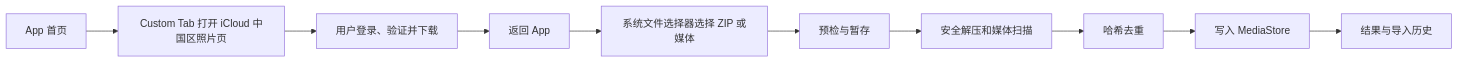
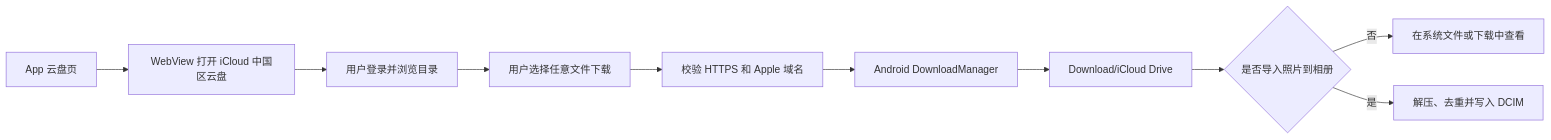
One commit to Faker1024/icloud-sync changed the first of 2 diagrams in docs/DEVELOPMENT.md. Above: the diagram before and after it, drawn with Mermaid. The commit also changed other lines of this file and 10 other files, not shown here.

Commit message:
feat: add in-app iCloud Drive downloads

````diff
--- a/docs/DEVELOPMENT.md
+++ b/docs/DEVELOPMENT.md
@@ -43,12 +43,12 @@
 ```mermaid
 flowchart LR
-    A[App 首页] --> B[Custom Tab 打开 iCloud 中国区照片页]
-    B --> C[用户登录、验证并下载]
-    C --> D[返回 App]
-    D --> E[系统文件选择器选择 ZIP 或媒体]
-    E --> F[预检与暂存]
-    F --> G[安全解压和媒体扫描]
-    G --> H[哈希去重]
-    H --> I[写入 MediaStore]
-    I --> J[结果与导入历史]
+    A[App 云盘页] --> B[WebView 打开 iCloud 中国区云盘]
+    B --> C[用户登录并浏览目录]
+    C --> D[用户选择任意文件下载]
+    D --> E[校验 HTTPS 和 Apple 域名]
+    E --> F[Android DownloadManager]
+    F --> G[Download/iCloud Drive]
+    G --> H{是否导入照片到相册}
+    H -->|否| I[在系统文件或下载中查看]
+    H -->|是| J[解压、去重并写入 DCIM]
 ```
````
